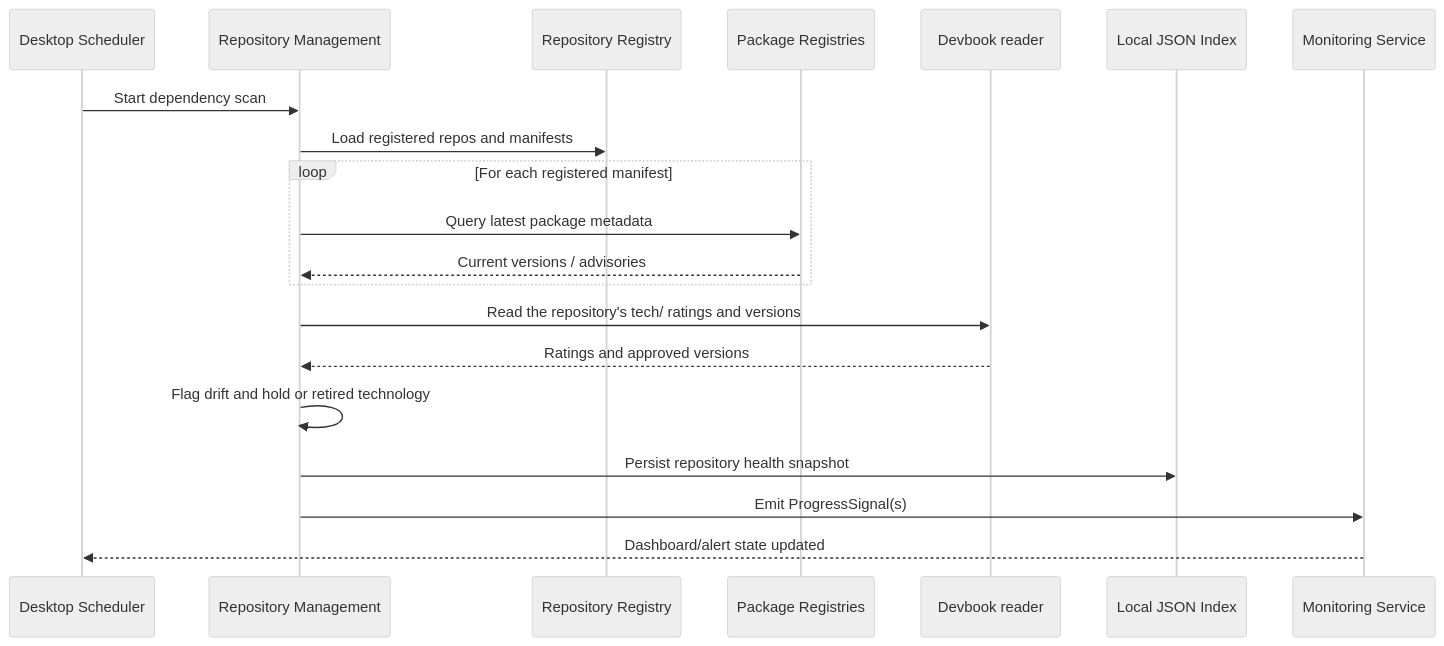
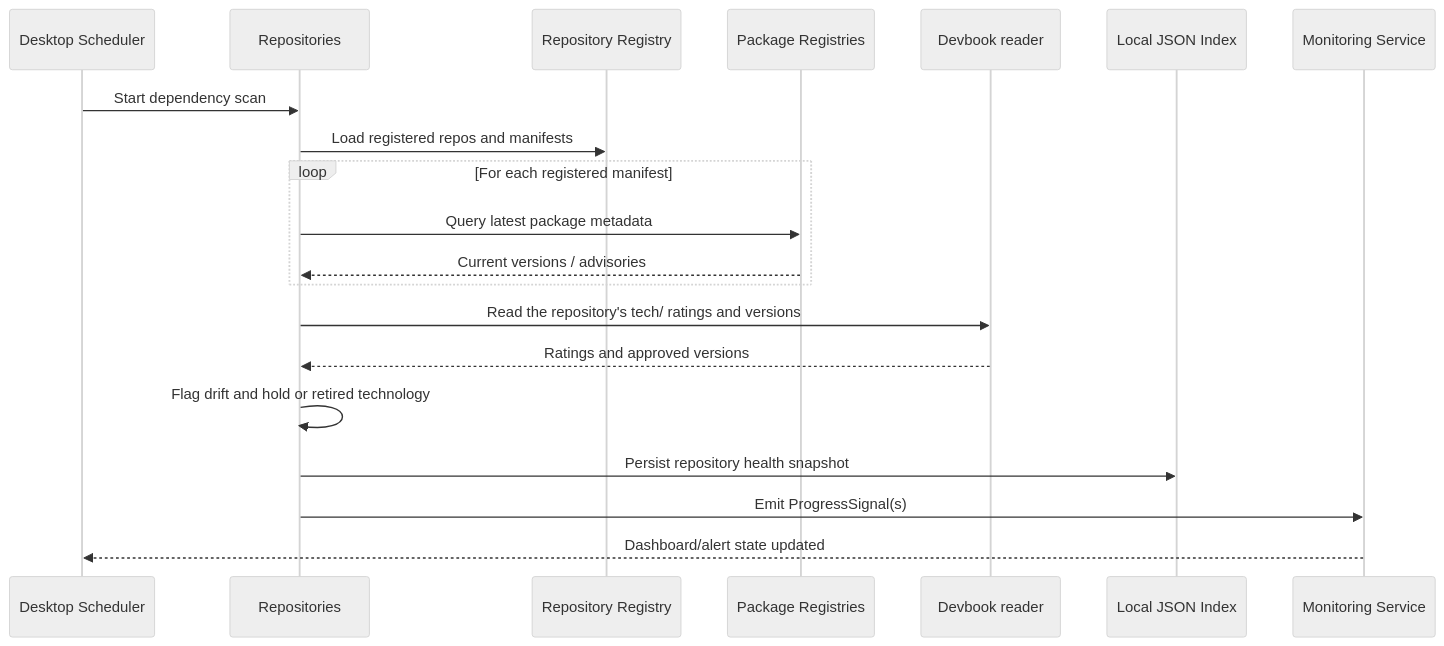
The ninth of 13 diagrams in .devbook/arc42/06-runtime-view.md (JSdotNet/Backlog), drawn with Mermaid (neutral theme) before and after one commit. The commit also changed 63 other files, not shown here.

````diff
--- a/.devbook/arc42/06-runtime-view.md
+++ b/.devbook/arc42/06-runtime-view.md
@@ -468,23 +468,23 @@
 ```mermaid
 sequenceDiagram
     participant Scheduler as Desktop Scheduler
-    participant RepoMgmt as Repository Management
+    participant RepoMgmt as Repositories
     participant RepoRegistry as Repository Registry
     participant Pkg as Package Registries
     participant Devbook as Devbook reader
     participant Index as Local JSON Index
     participant Monitoring as Monitoring Service
 
     Scheduler->>RepoMgmt: Start dependency scan
     RepoMgmt->>RepoRegistry: Load registered repos and manifests
     loop For each registered manifest
         RepoMgmt->>Pkg: Query latest package metadata
         Pkg-->>RepoMgmt: Current versions / advisories
     end
     RepoMgmt->>Devbook: Read the repository's tech/ ratings and versions
     Devbook-->>RepoMgmt: Ratings and approved versions
     RepoMgmt->>RepoMgmt: Flag drift and hold or retired technology
     RepoMgmt->>Index: Persist repository health snapshot
     RepoMgmt->>Monitoring: Emit ProgressSignal(s)
     Monitoring-->>Scheduler: Dashboard/alert state updated
 ```
````
